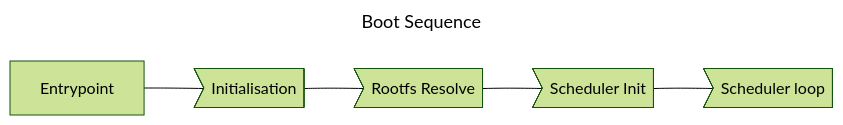
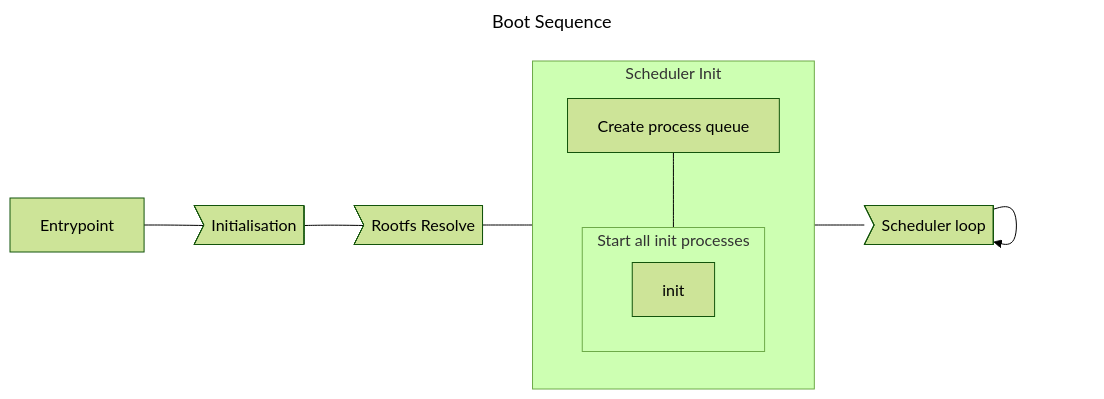
Before and after one commit to cornusandu-org/SilentUOS: the first of 4 diagrams in README.md, drawn with Mermaid (forest theme). The commit also changed other lines of this file and 1 other file, not shown here.

Commit message:
Add more to UML

````diff
--- a/README.md
+++ b/README.md
@@ -5,10 +5,21 @@
 ```mermaid
 ---
 title: Boot Sequence
 ---
 flowchart LR;
     Entrypoint --- id1>Initialisation]
         --- id2>Rootfs Resolve]
-        --- id3>Scheduler Init]
+        --- id3
         --- id4>Scheduler loop]
+        --> id4;
+
+    subgraph id3["Scheduler Init"]
+        direction TB
+        s1[Create process queue]
+        --- s2;
+        subgraph s2[Start all init processes]
+            direction LR
+            initp1[init];
+        end
+    end
 ```
````
